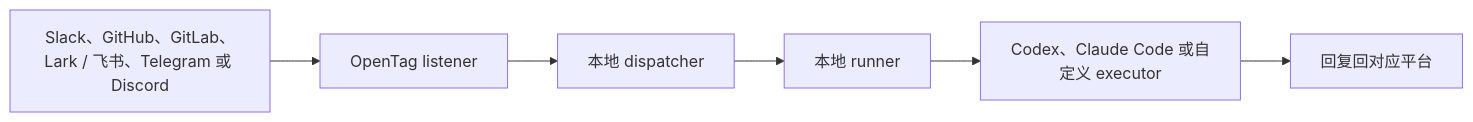
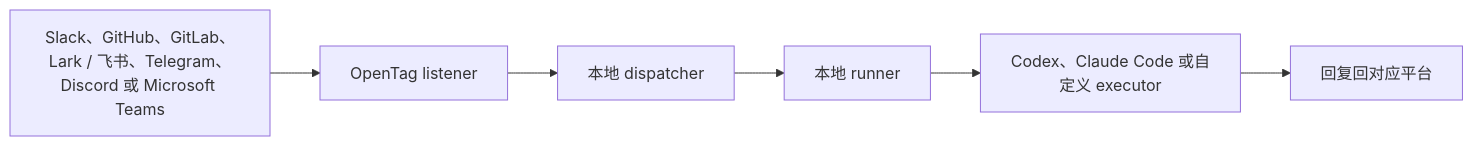
One commit to amplifthq/opentag changed the diagram in README.zh-CN.md. Above: the diagram before and after it, drawn with Mermaid. The commit also changed other lines of this file and 1 other file, not shown here.

Commit message:
docs(teams): include Teams in README platform lists

````diff
--- a/README.zh-CN.md
+++ b/README.zh-CN.md
@@ -211,8 +211,8 @@
 ```mermaid
 flowchart LR
-    A["Slack、GitHub、GitLab、Lark / 飞书、Telegram 或 Discord"] --> B["OpenTag listener"]
+    A["Slack、GitHub、GitLab、Lark / 飞书、Telegram、Discord 或 Microsoft Teams"] --> B["OpenTag listener"]
     B --> C["本地 dispatcher"]
     C --> D["本地 runner"]
     D --> E["Codex、Claude Code 或自定义 executor"]
     E --> F["回复回对应平台"]
 ```
````
